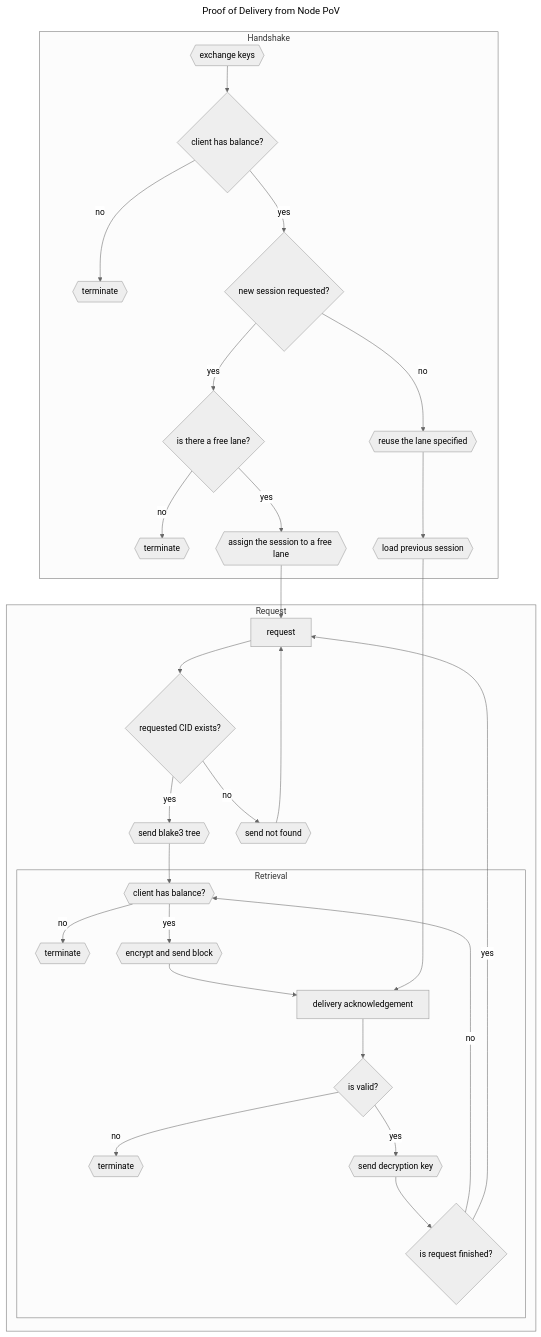
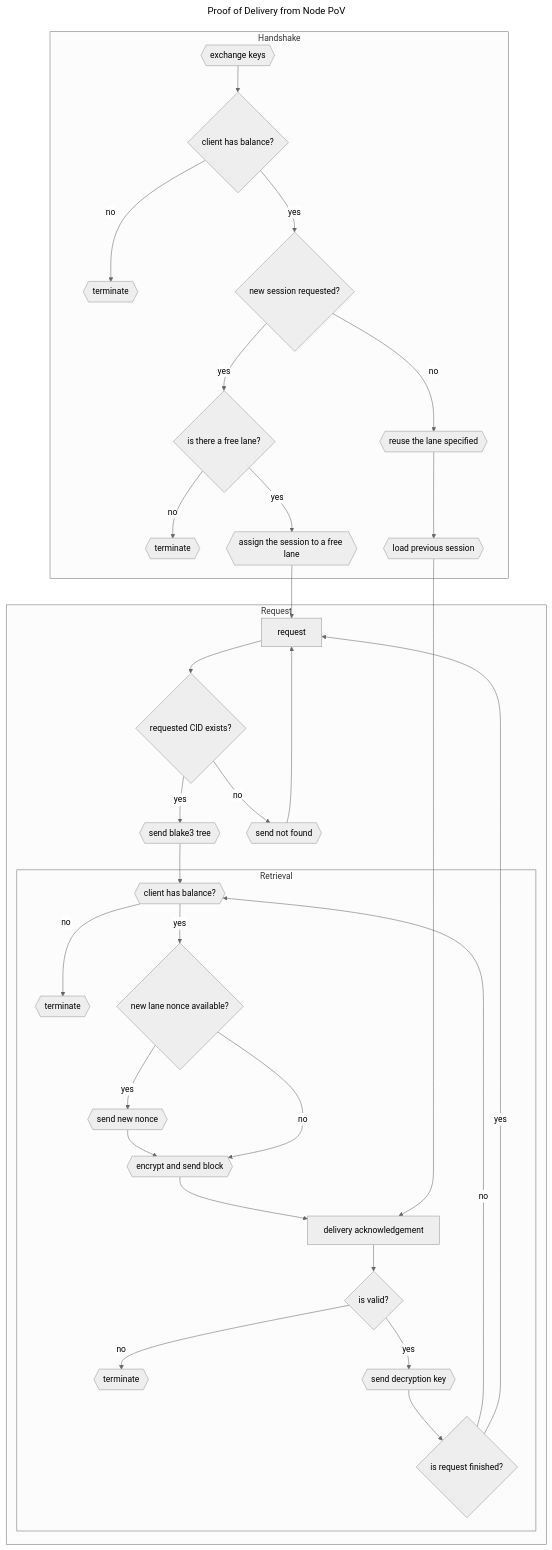
One commit to fleek-network/ursa changed the third of 3 diagrams in crates/ursa-pod/spec/README.md. Above: the diagram before and after it, drawn with Mermaid (neutral theme).

Commit message:
consider sending the new lane nonce before encrypt

````diff
--- a/crates/ursa-pod/spec/README.md
+++ b/crates/ursa-pod/spec/README.md
@@ -112,46 +112,48 @@
 ```mermaid
 ---
 title: Proof of Delivery from Node PoV
 ---
 flowchart TB
     subgraph Handshake
         term2
         key{{"exchange keys"}} --> balance{"client has balance?"}
         balance -- no --> term{{"terminate"}}
         balance -- yes --> new{"new session requested?"}
         new -- yes --> lane{"is there a free lane?"}
         new -- no --> reuse{{"reuse the lane specified"}}
         lane -- yes --> uselane{{"assign the session to a free lane"}}
         lane -- no --> term2{{"terminate"}}
         reuse --> load{{"load previous session"}}
     end
 
     subgraph Request
         req
         blake
 
         req["request"] --> exists{"requested CID exists?"}
         exists -- no --> notfound{{"send not found"}}
         exists -- yes --> blake{{"send blake3 tree"}}
         notfound --> req
 
             subgraph Retrieval
                 bal{{"client has balance?"}}
                 isover{"is request finished?"}
                 bal -- no --> term4{{"terminate"}}
-                bal -- yes --> enc{{"encrypt and send block"}}
-                enc --> ack["delivery acknowledgement"]
+                bal -- yes --> noncechange{"new lane nonce available?"}
+                noncechange -- yes --> change{{"send new nonce"}} --> enc
+                noncechange -- no --> enc
+                enc{{"encrypt and send block"}} --> ack["delivery acknowledgement"]
                 ack --> ackvalid{"is valid?"}
                 ackvalid -- no --> term5{{"terminate"}}
                 ackvalid -- yes --> dec{{"send decryption key"}}
                 dec --> isover
                 isover -- no --> bal
             end
 
         blake --> bal
         isover -- yes --> req
     end
 
     uselane --> req
     load --> ack
 ```
````
